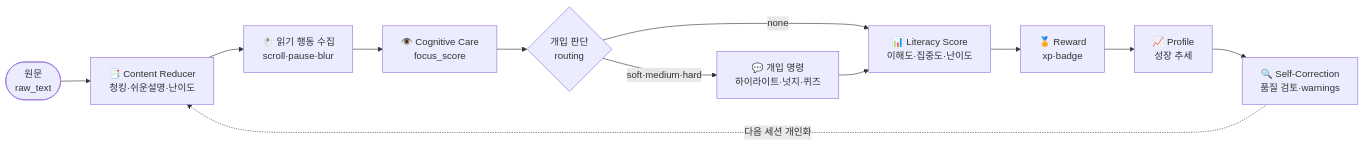
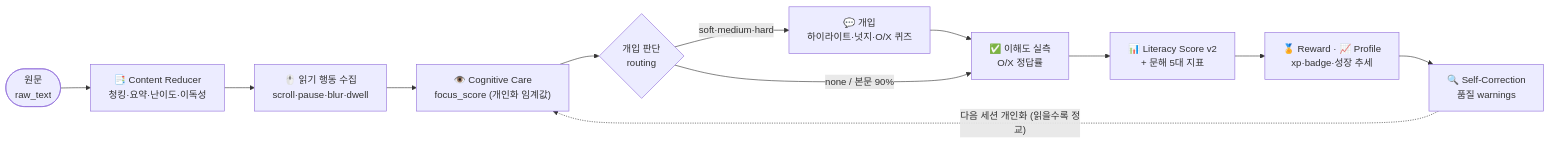
Before and after one commit to naaaayeonn/AI-literacy-care-Agent: the diagram in 1. Agent Core & Orchestration/README.md, drawn with Mermaid. The commit also changed other lines of this file, not shown here.

Commit message:
docs(readme): ①번 코어 README 최종판 — Literacy v2·5대 지표·O/X 폐루프·개인화·확장

````diff
--- a/1. Agent Core & Orchestration/README.md
+++ b/1. Agent Core & Orchestration/README.md
@@ -31,14 +31,14 @@
 ```mermaid
 flowchart LR
-    A([원문<br/>raw_text]) --> B[📑 Content Reducer<br/>청킹·쉬운설명·난이도]
-    B --> C[🖱️ 읽기 행동 수집<br/>scroll·pause·blur]
-    C --> D[👁️ Cognitive Care<br/>focus_score]
-    D --> E{개입 판단<br/>routing}
-    E -->|soft·medium·hard| F[💬 개입 명령<br/>하이라이트·넛지·퀴즈]
-    E -->|none| G
-    F --> G[📊 Literacy Score<br/>이해도·집중도·난이도]
-    G --> H[🏅 Reward<br/>xp·badge]
-    H --> I[📈 Profile<br/>성장 추세]
-    I --> J[🔍 Self-Correction<br/>품질 검토·warnings]
-    J -. 다음 세션 개인화 .-> B
+    A(["원문<br/>raw_text"]) --> B["📑 Content Reducer<br/>청킹·요약·난이도·이독성"]
+    B --> C["🖱️ 읽기 행동 수집<br/>scroll·pause·blur·dwell"]
+    C --> D["👁️ Cognitive Care<br/>focus_score (개인화 임계값)"]
+    D --> E{"개입 판단<br/>routing"}
+    E -->|"soft·medium·hard"| F["💬 개입<br/>하이라이트·넛지·O/X 퀴즈"]
+    F --> G["✅ 이해도 실측<br/>O/X 정답률"]
+    E -->|"none / 본문 90%"| G
+    G --> H["📊 Literacy Score v2<br/>+ 문해 5대 지표"]
+    H --> I["🏅 Reward · 📈 Profile<br/>xp·badge·성장 추세"]
+    I --> J["🔍 Self-Correction<br/>품질 warnings"]
+    J -. "다음 세션 개인화 (읽을수록 정교)" .-> D
 ```
````
